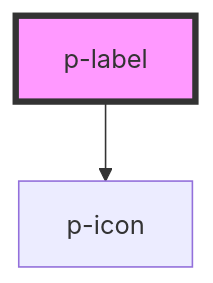
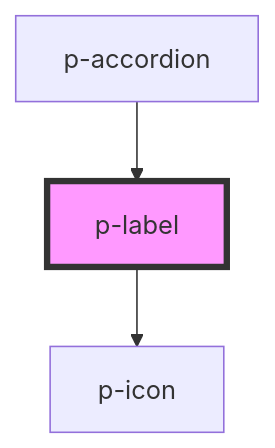
One commit to Employes/Paperless changed the diagram in packages/core/src/components/molecules/label/readme.md. Above: the diagram before and after it, drawn with Mermaid. The commit also changed other lines of this file and 6 other files, not shown here.

````diff
--- a/packages/core/src/components/molecules/label/readme.md
+++ b/packages/core/src/components/molecules/label/readme.md
@@ -27,5 +31,6 @@
 ```mermaid
 graph TD;
   p-label --> p-icon
+  p-accordion --> p-label
   style p-label fill:#f9f,stroke:#333,stroke-width:4px
 ```
````
